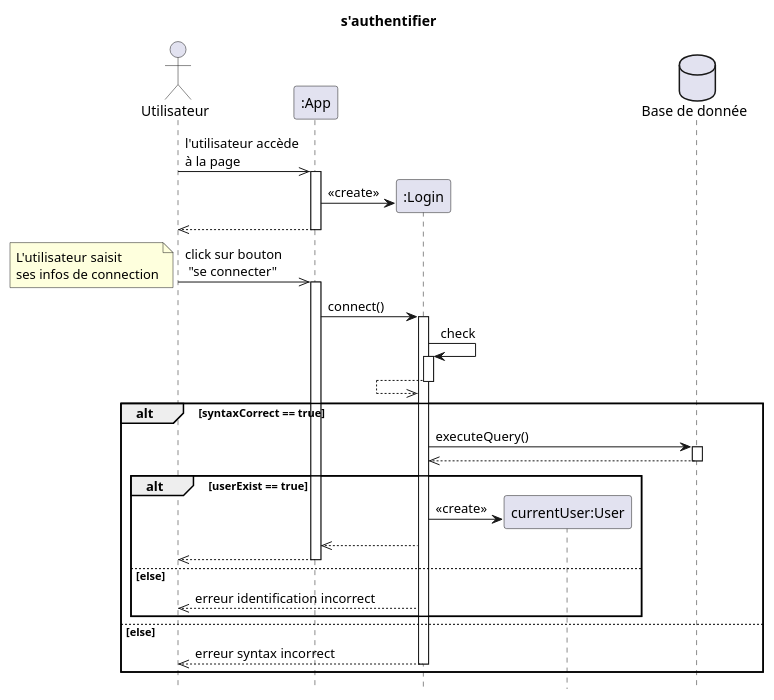
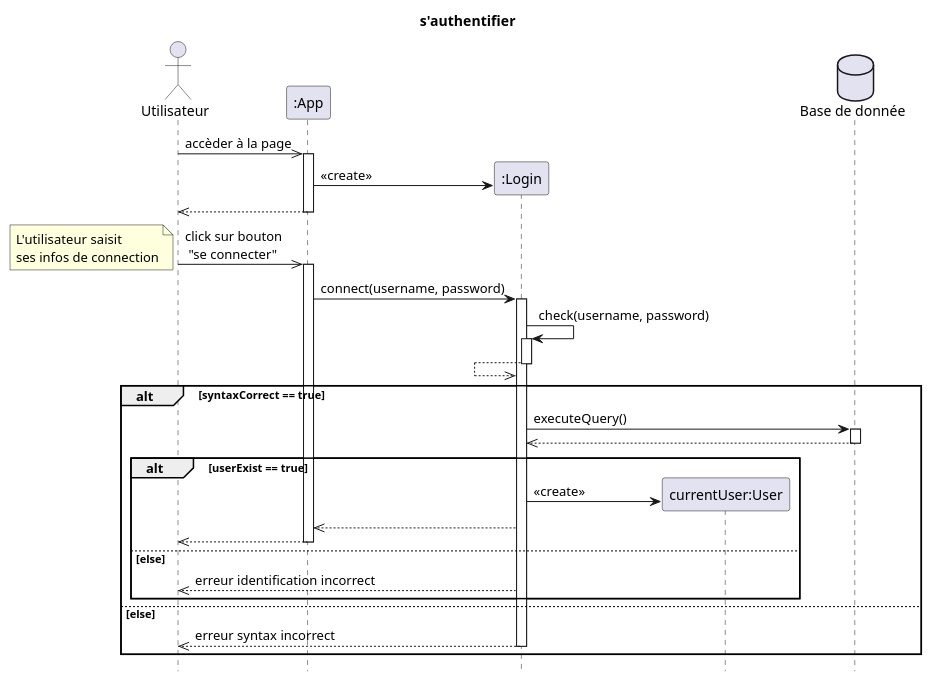
One commit to dorianleveque/CoHub changed the diagram in docs/UML/diagrammes séquence/authentification.puml. Above: the diagram before and after it, drawn with PlantUML. The commit also changed 7 other files, not shown here.

Commit message:
update documentation + diagramme séquence

```diff
--- a/docs/UML/diagrammes séquence/authentification.puml
+++ b/docs/UML/diagrammes séquence/authentification.puml
@@ -1,51 +1,51 @@
 @startuml s'authentifier
 title s'authentifier
 hide footbox
 actor client as "Utilisateur" order 1
 participant app as ":App" order 2
 database bdd as "Base de donnée" order 5
 
-client ->> app: l'utilisateur accède\nà la page
+client ->> app: accèder à la page
 activate app
 create login as ":Login" order 3
 app -> login : <<create>>
 client <<-- app
 deactivate app
 
 client ->> app: click sur bouton \n "se connecter"
 activate app
 note left: L'utilisateur saisit\nses infos de connection
-app -> login: connect()
+app -> login: connect(username, password)
 activate login
 
-login -> login: check
+login -> login: check(username, password)
 activate login
 login <<-- login
 deactivate login
 
 alt syntaxCorrect == true
     login -> bdd: executeQuery()
     activate bdd
     login <<-- bdd
     deactivate bdd
     
     alt userExist == true 
         create user as "currentUser:User" order 4
         login -> user : <<create>>
         app <<-- login
         client <<-- app
         deactivate app
     else else
         client <<-- login : erreur identification incorrect
 
     end
 else else
     client <<-- login : erreur syntax incorrect
     deactivate login
 end
 
 
 
 
 
 @enduml
```
